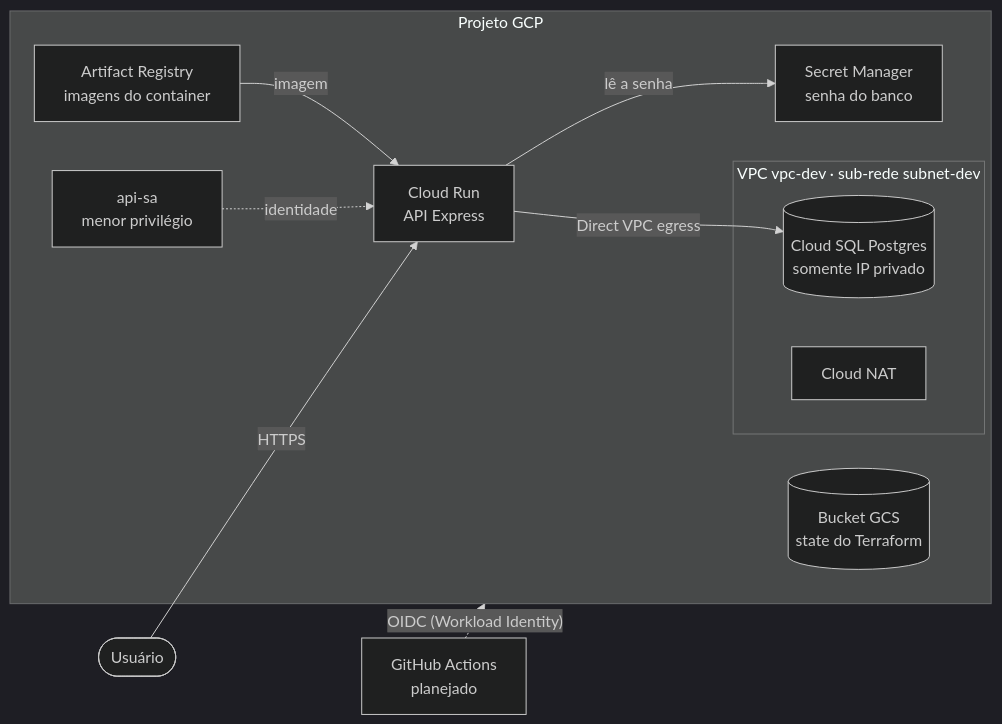
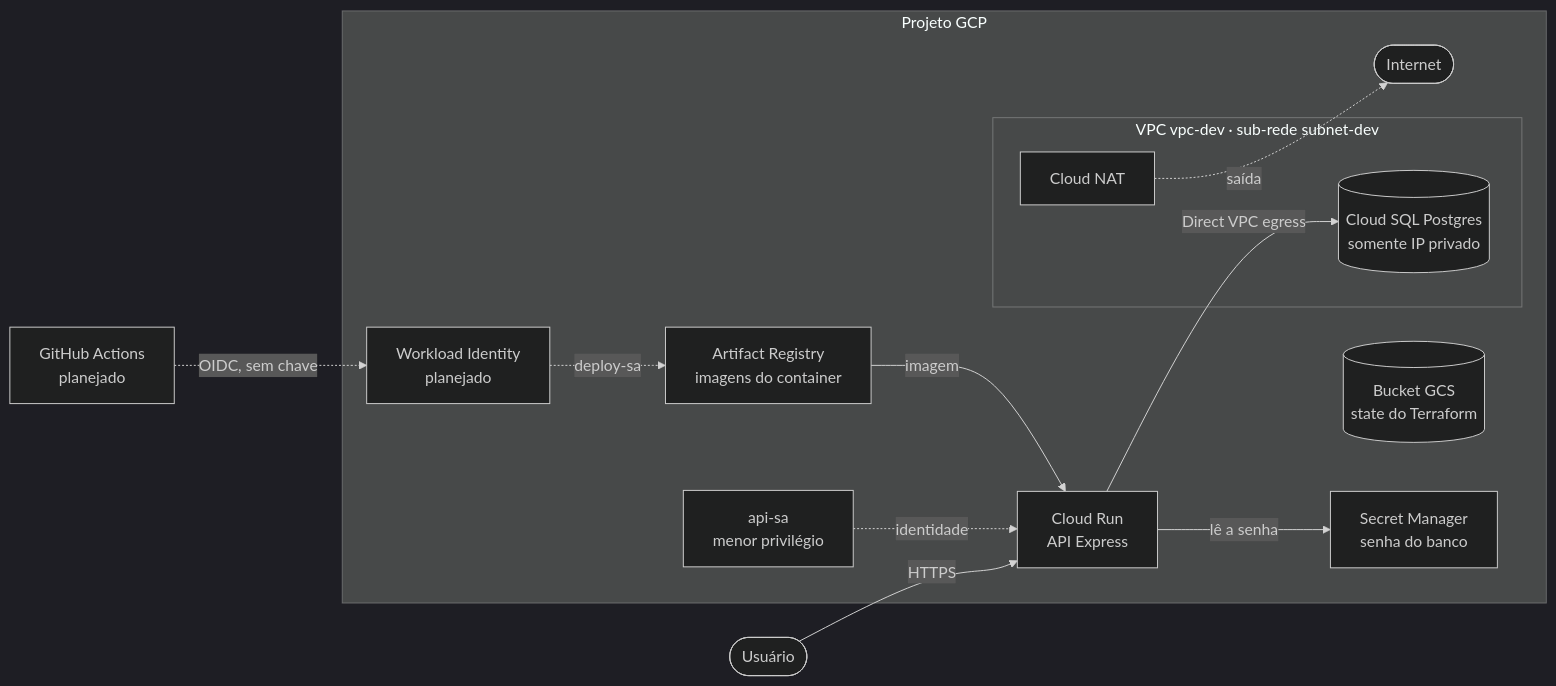
The diagram in README.md (K1dou/gcp-serverless-api-terraform), drawn with Mermaid (dark theme) before and after one commit.

Commit message:
docs: update architecture diagram in README to include GitHub Actions and Workload Identity

````diff
--- a/README.md
+++ b/README.md
@@ -17,20 +17,25 @@
 ```mermaid
 flowchart LR
-  user([Usuário]) -->|"HTTPS"| run
+  user([Usuário])
+  net([Internet])
+  gh["GitHub Actions<br/>planejado"]
+
+  user -->|"HTTPS"| run
+  gh -.->|"OIDC, sem chave"| wif
 
   subgraph gcp["Projeto GCP"]
+    wif["Workload Identity<br/>planejado"] -.->|"deploy-sa"| ar
     ar["Artifact Registry<br/>imagens do container"] -->|"imagem"| run
     run["Cloud Run<br/>API Express"] -->|"lê a senha"| sm["Secret Manager<br/>senha do banco"]
     sa["api-sa<br/>menor privilégio"] -.->|"identidade"| run
     state[("Bucket GCS<br/>state do Terraform")]
 
     subgraph vpc["VPC vpc-dev · sub-rede subnet-dev"]
       sql[("Cloud SQL Postgres<br/>somente IP privado")]
       nat["Cloud NAT"]
     end
 
     run -->|"Direct VPC egress"| sql
+    nat -.->|"saída"| net
   end
-
-  gh["GitHub Actions<br/>planejado"] -.->|"OIDC (Workload Identity)"| gcp
 ```
````
